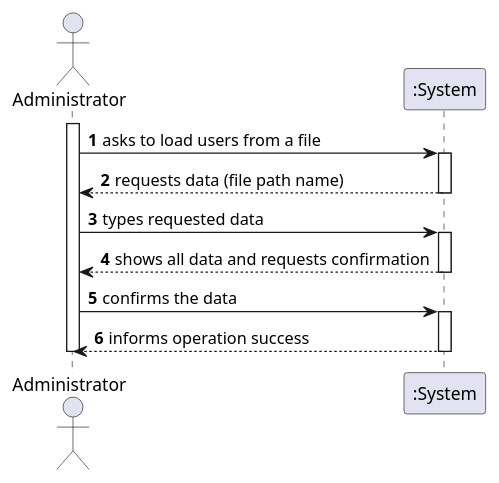
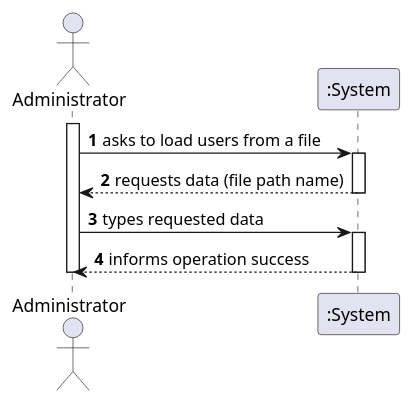
The diagram in docs/SprintC/US14/SSD/US14_SSD.puml (miseEnPlace-i/lapr2), drawn with PlantUML before and after one commit. The commit also changed 1 other file, not shown here.

```diff
--- a/docs/SprintC/US14/SSD/US14_SSD.puml
+++ b/docs/SprintC/US14/SSD/US14_SSD.puml
@@ -1,23 +1,18 @@
 @startuml
 autonumber
 actor "Administrator" as ADMIN
 
 activate ADMIN
 ADMIN -> ":System" : asks to load users from a file
 activate ":System"
 ":System" --> ADMIN : requests data (file path name)
 deactivate ":System"
 
 ADMIN -> ":System" : types requested data
 activate ":System"
-":System" --> ADMIN : shows all data and requests confirmation
-deactivate ":System"
-
-ADMIN -> ":System" : confirms the data
-activate ":System"
 ":System" --> ADMIN : informs operation success
 deactivate ":System"
 
 deactivate ADMIN
 
 @enduml
```
